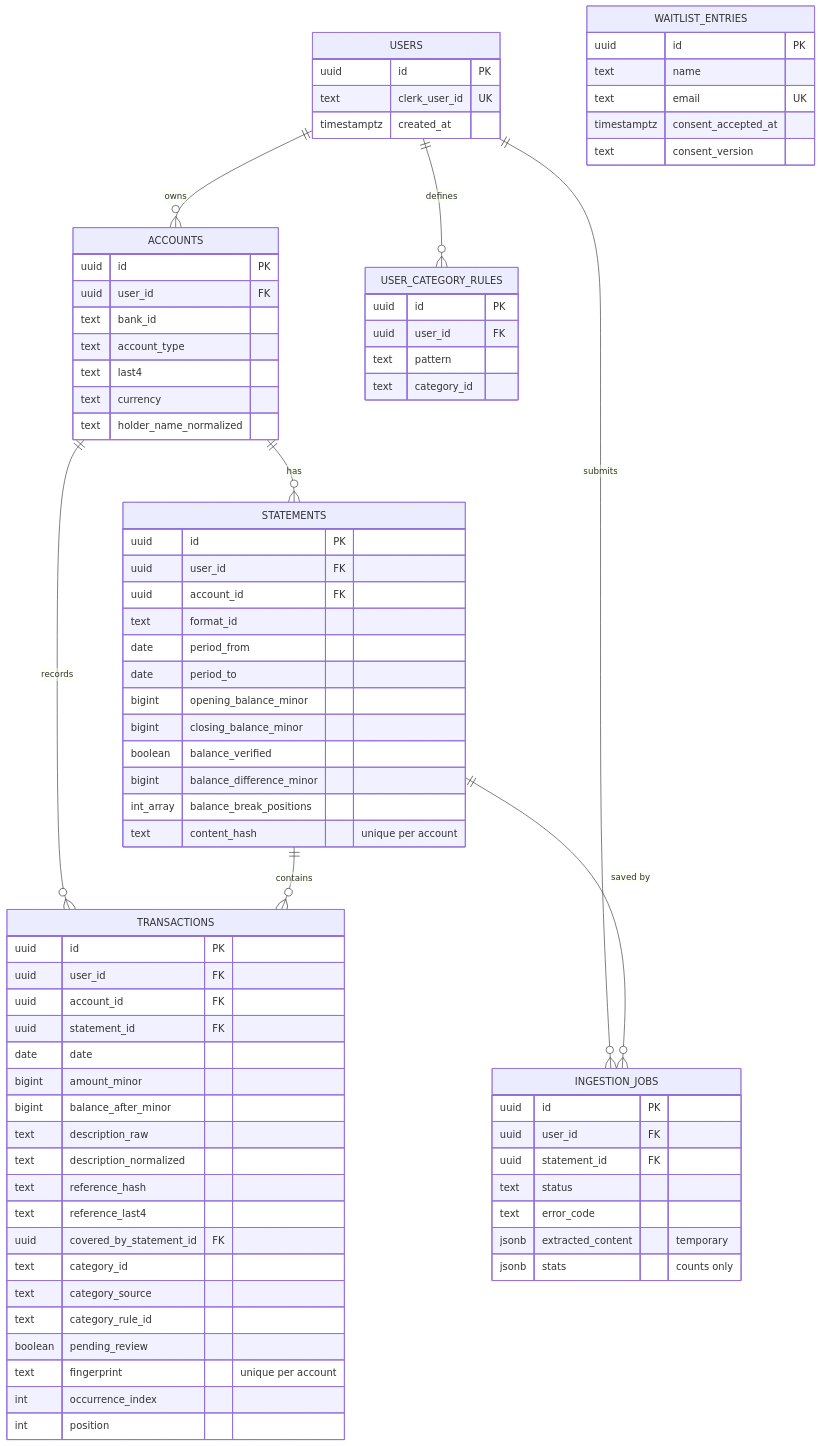
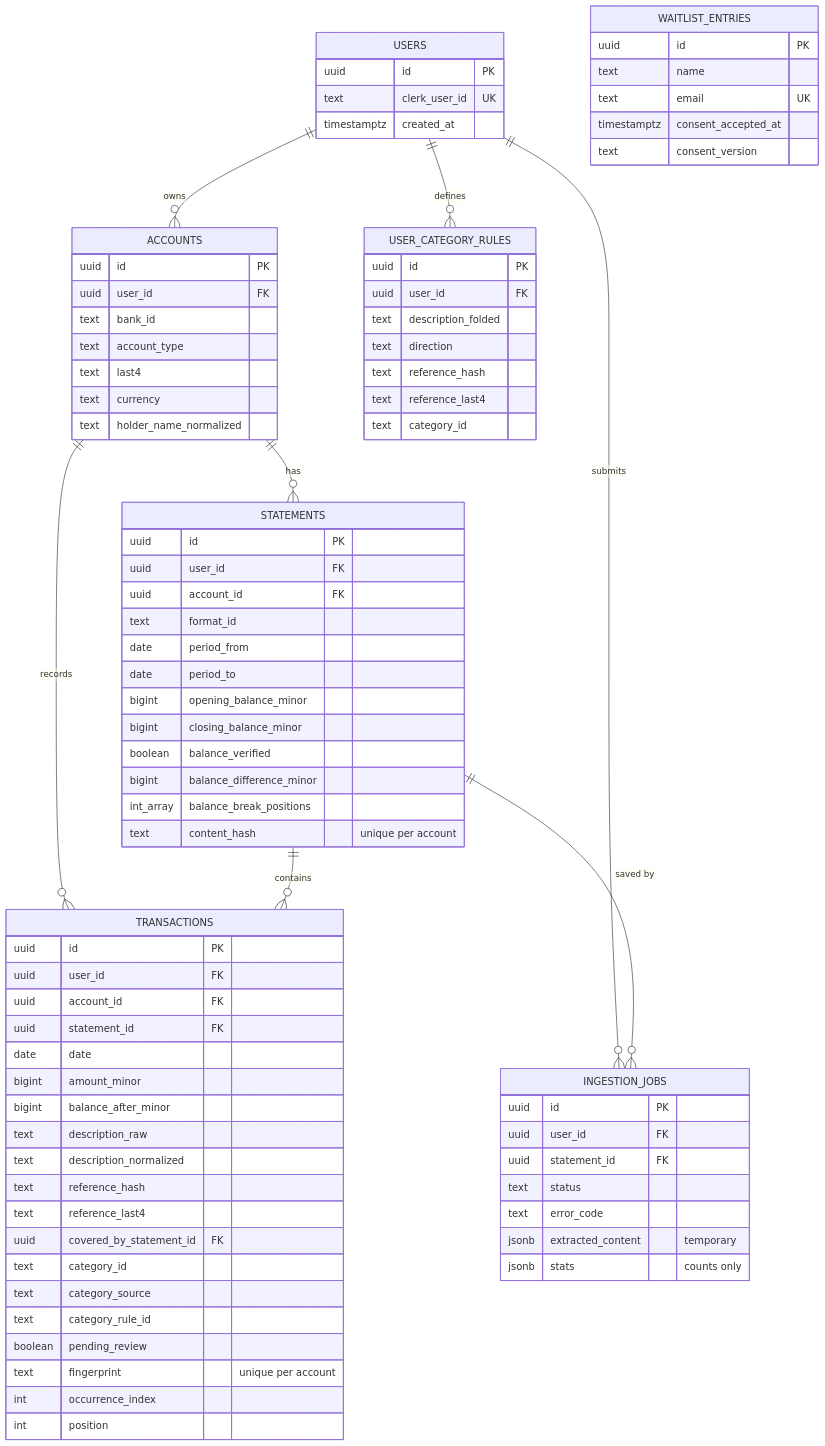
Before and after one commit to ingcarlostello/xtrakto: the third of 7 diagrams in docs/ARCHITECTURE.md, drawn with Mermaid. The commit also changed other lines of this file and 31 other files, not shown here.

```diff
--- a/docs/ARCHITECTURE.md
+++ b/docs/ARCHITECTURE.md
@@ -237,7 +237,10 @@
     USER_CATEGORY_RULES {
         uuid id PK
         uuid user_id FK
-        text pattern
+        text description_folded
+        text direction
+        text reference_hash
+        text reference_last4
         text category_id
     }
     WAITLIST_ENTRIES {
```
